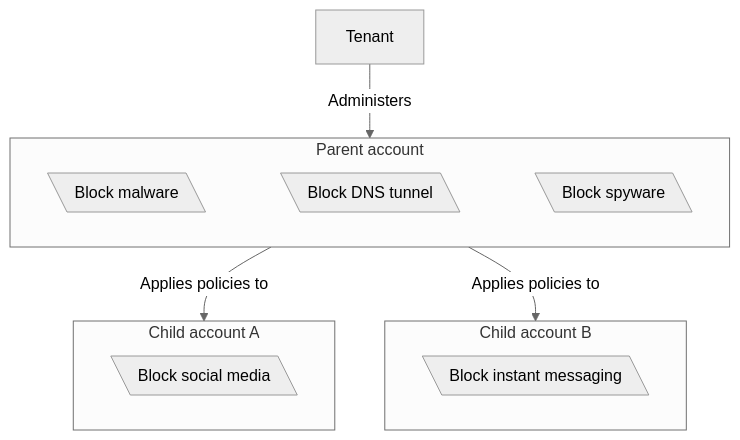
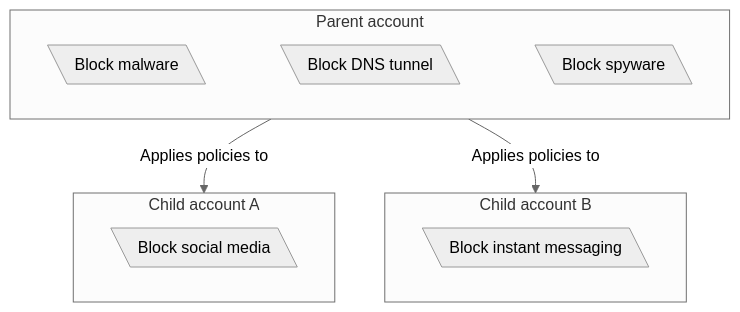
Before and after one commit to sofyanori111-png/cloudflare-docs: the first of 2 diagrams in src/content/docs/cloudflare-one/policies/gateway/tiered-policies/organizational-policies.mdx, drawn with Mermaid (neutral theme). The commit also changed other lines of this file and 1 other file, not shown here.

````diff
--- a/src/content/docs/cloudflare-one/policies/gateway/tiered-policies/organizational-policies.mdx
+++ b/src/content/docs/cloudflare-one/policies/gateway/tiered-policies/organizational-policies.mdx
@@ -39,29 +39,28 @@
 ```mermaid
 flowchart TD
 %% Accessibility
  accTitle: How Gateway policies work in a tiered account configuration
  accDescr: Flowchart describing the order of precedence Gateway applies policies in a tiered account configuration.
 
 %% Flowchart
  subgraph s1["Parent account"]
         n1["Block malware"]
         n2["Block DNS tunnel"]
         n3["Block spyware"]
   end
  subgraph s2["Child account A"]
         n4["Block social media"]
   end
  subgraph s3["Child account B"]
         n5["Block instant messaging"]
   end
     n1 ~~~ n2
     n2 ~~~ n3
-    A["Tenant"] --Administers--> s1
     s1 -- "Applies policies to" --> s2 & s3
 
     n1@{ shape: lean-l}
     n2@{ shape: lean-l}
     n3@{ shape: lean-l}
     n4@{ shape: lean-l}
     n5@{ shape: lean-l}
 ```
````
